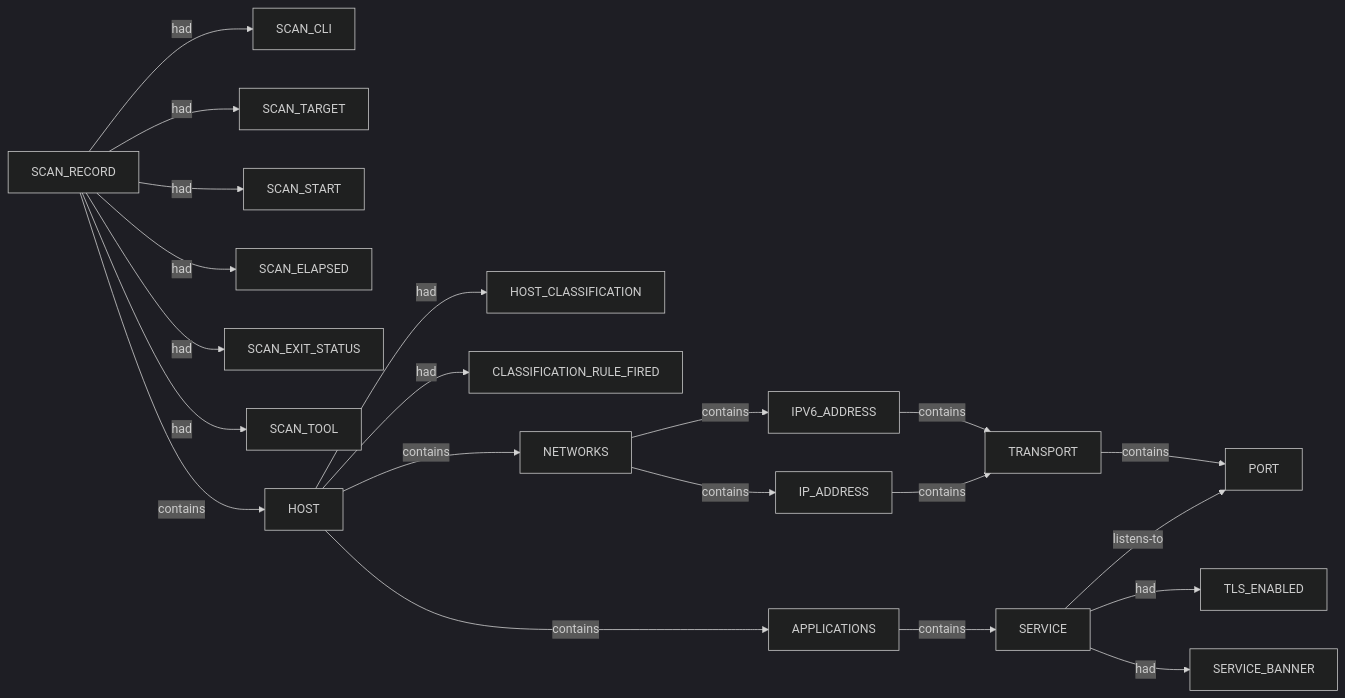
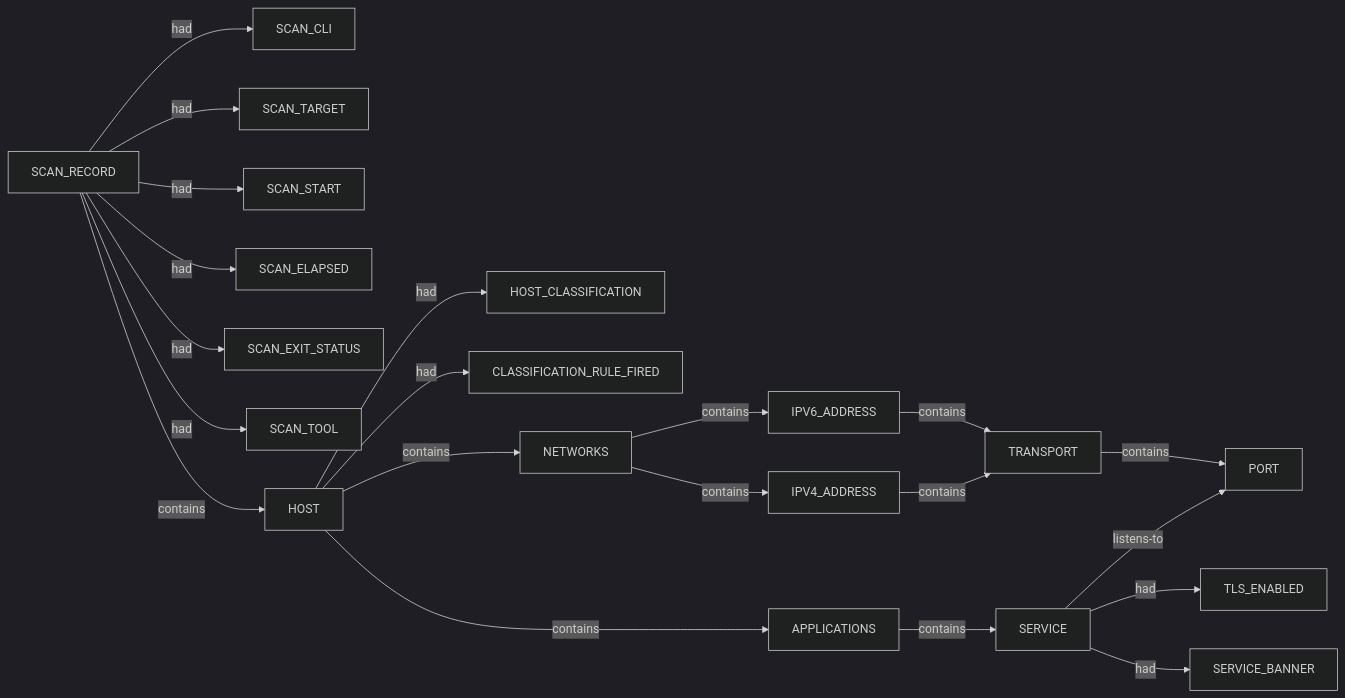
One commit to brettforbes/spiderfeet changed the diagram in .docs/docs-for-cli-tools/nugget_structure/nerva_tcp_ssh_misconfigs_json_proposed_nuggets_edges_description.md. Above: the diagram before and after it, drawn with Mermaid (dark theme). The commit also changed other lines of this file and 170 other files, not shown here.

````diff
--- a/.docs/docs-for-cli-tools/nugget_structure/nerva_tcp_ssh_misconfigs_json_proposed_nuggets_edges_description.md
+++ b/.docs/docs-for-cli-tools/nugget_structure/nerva_tcp_ssh_misconfigs_json_proposed_nuggets_edges_description.md
@@ -21,23 +21,23 @@
 ```mermaid
 flowchart LR
   SCAN_RECORD -->|had| SCAN_CLI
   SCAN_RECORD -->|had| SCAN_TARGET
   SCAN_RECORD -->|had| SCAN_START
   SCAN_RECORD -->|had| SCAN_ELAPSED
   SCAN_RECORD -->|had| SCAN_EXIT_STATUS
   SCAN_RECORD -->|had| SCAN_TOOL
   SCAN_RECORD -->|contains| HOST
   HOST -->|had| HOST_CLASSIFICATION
   HOST -->|had| CLASSIFICATION_RULE_FIRED
   HOST -->|contains| NETWORKS
   HOST -->|contains| APPLICATIONS
   NETWORKS -->|contains| IPV6_ADDRESS
   APPLICATIONS -->|contains| SERVICE
   IPV6_ADDRESS -->|contains| TRANSPORT
   TRANSPORT -->|contains| PORT
   SERVICE -->|listens-to| PORT
   SERVICE -->|had| TLS_ENABLED
   SERVICE -->|had| SERVICE_BANNER
-  NETWORKS -->|contains| IP_ADDRESS
-  IP_ADDRESS -->|contains| TRANSPORT
+  NETWORKS -->|contains| IPV4_ADDRESS
+  IPV4_ADDRESS -->|contains| TRANSPORT
 ```
````
